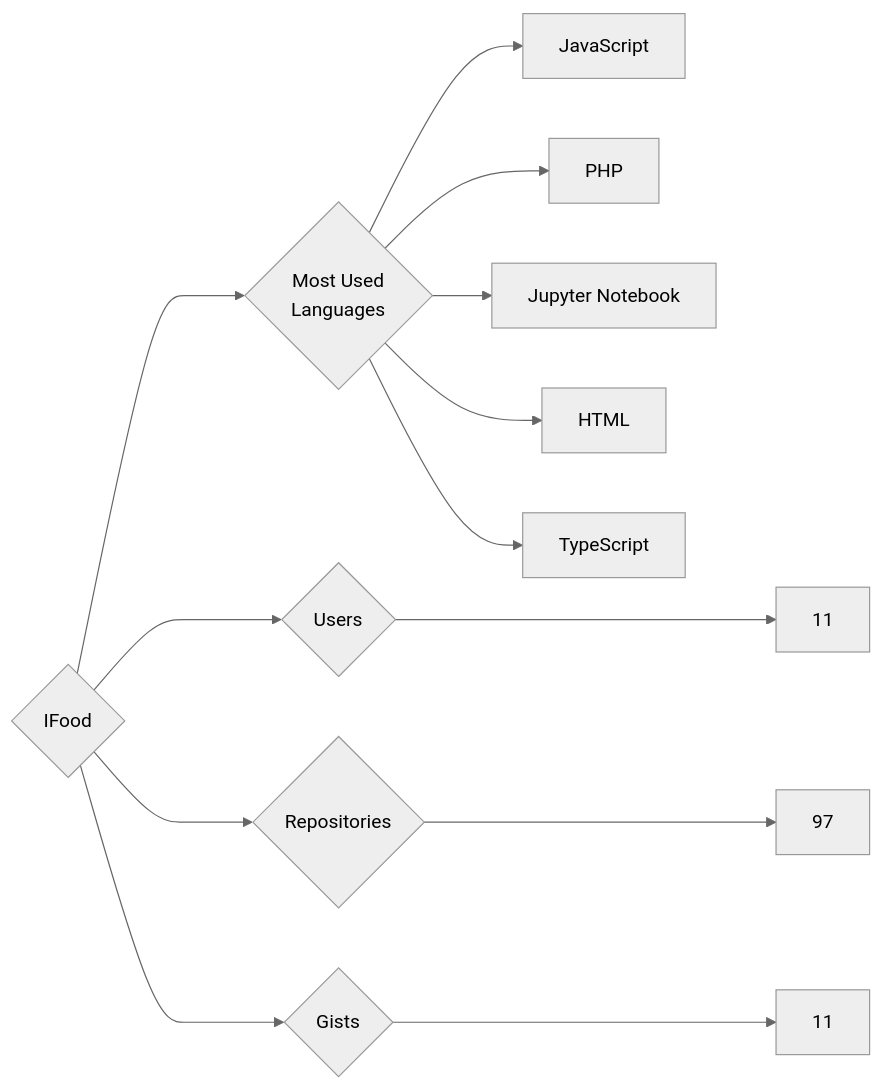
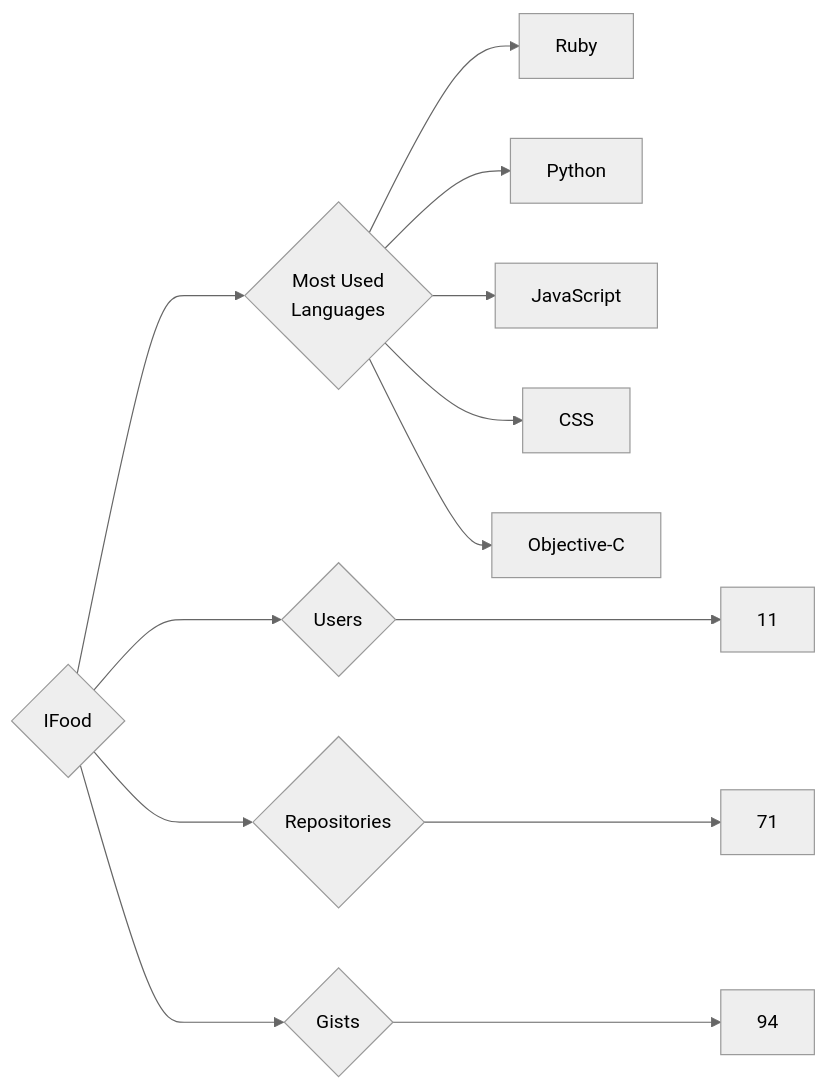
Before and after one commit to trickest/insiders: the diagram in targets/IFood/README.md, drawn with Mermaid (neutral theme). The commit also changed 1030 other files, not shown here.

````diff
--- a/targets/IFood/README.md
+++ b/targets/IFood/README.md
@@ -3,13 +3,13 @@
 ```mermaid
 graph LR
 COMPANY_NAME{IFood}
 COMPANY_NAME ---> U{Users} ---> UN[11]
-COMPANY_NAME ---> R{Repositories} ---> RN[97]
-COMPANY_NAME ---> G{Gists} ---> GN[11]
+COMPANY_NAME ---> R{Repositories} ---> RN[71]
+COMPANY_NAME ---> G{Gists} ---> GN[94]
 COMPANY_NAME ---> ML{Most Used<br>Languages}
+ML --> Ruby[Ruby]
+ML --> Python[Python]
 ML --> JavaScript[JavaScript]
-ML --> PHP[PHP]
-ML --> Jupyter_Notebook[Jupyter Notebook]
-ML --> HTML[HTML]
-ML --> TypeScript[TypeScript]
+ML --> CSS[CSS]
+ML --> Objective-C[Objective-C]
 ```
````
